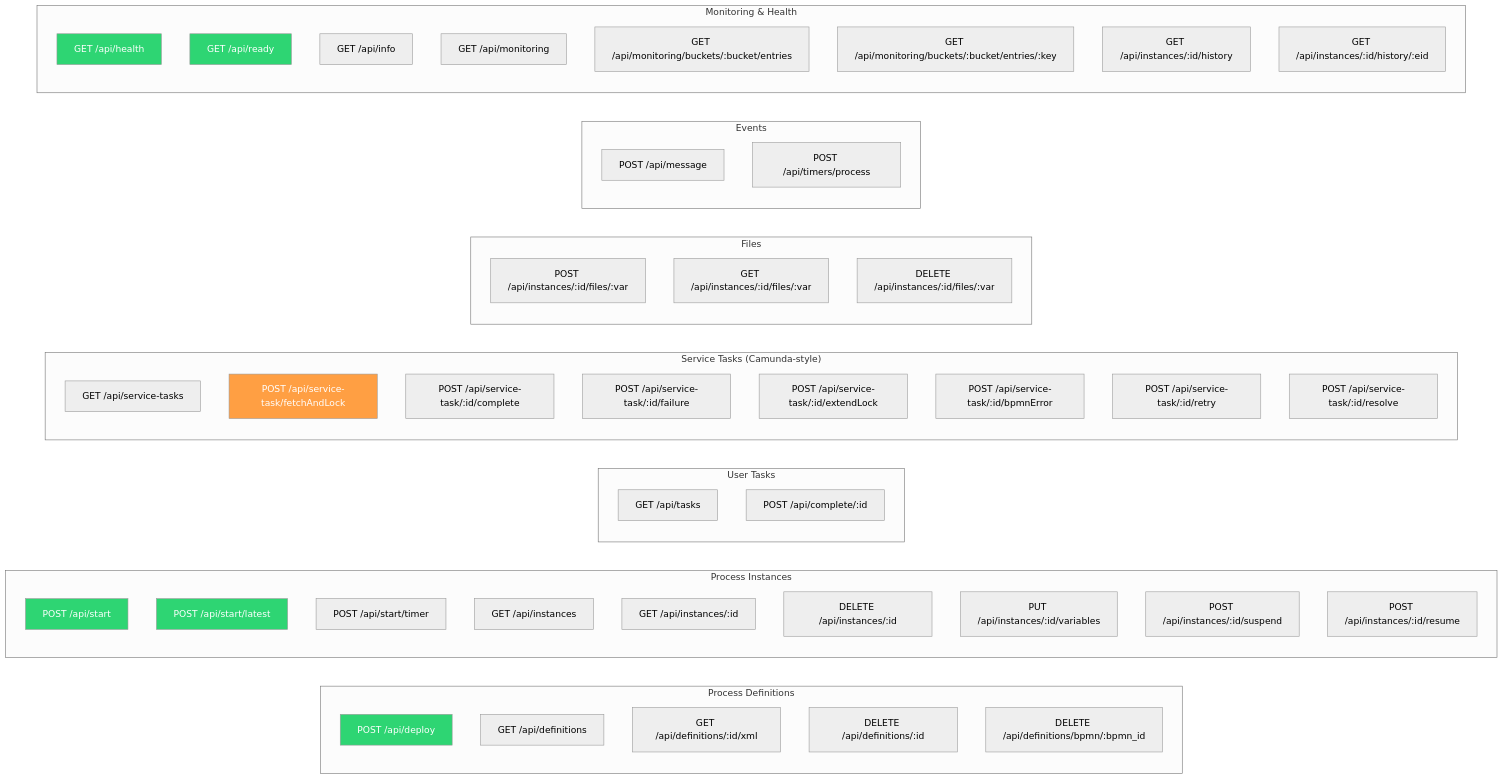
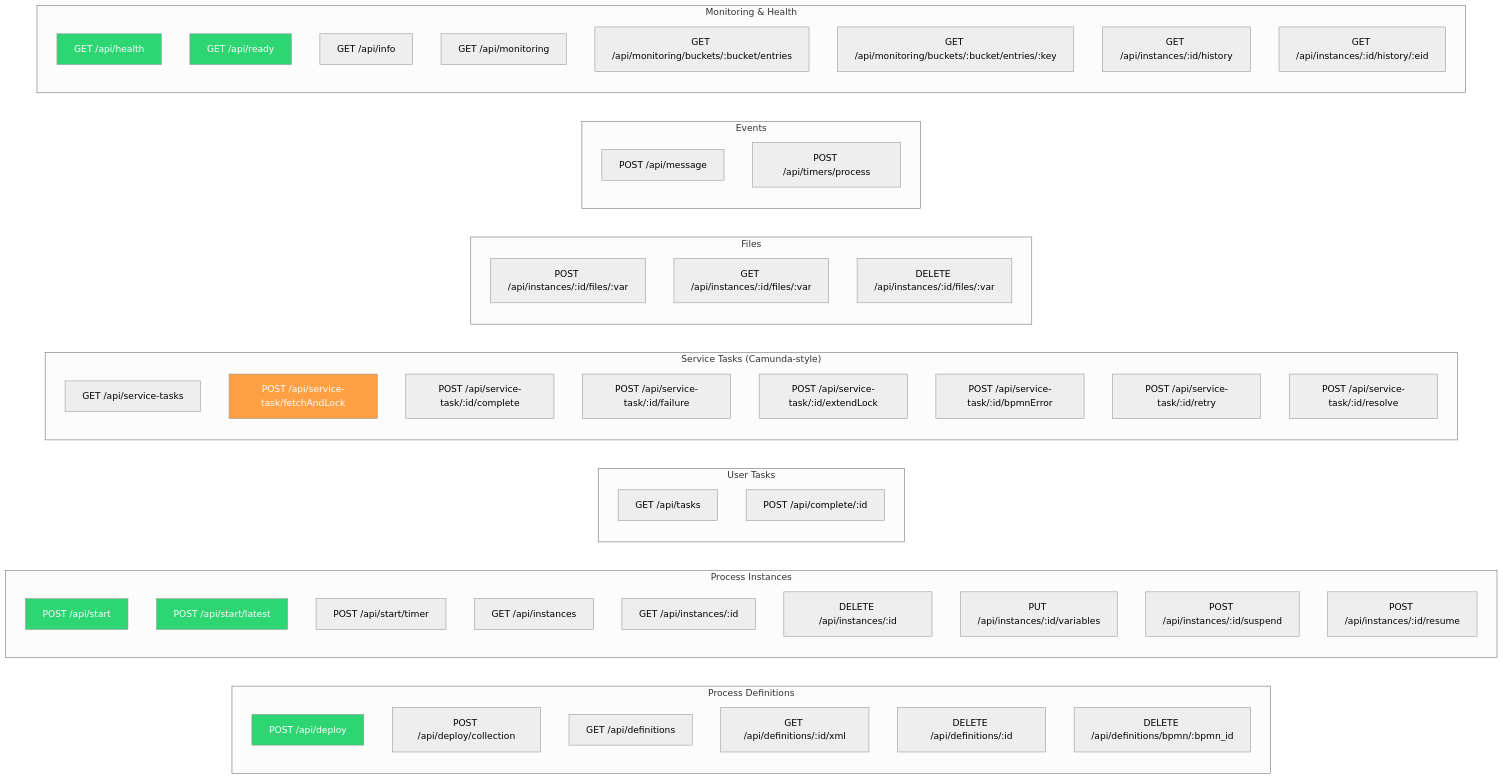
One commit to maatini/bpmninja changed the eighth of 9 diagrams in docs/architecture.md. Above: the diagram before and after it, drawn with Mermaid (neutral theme). The commit also changed other lines of this file and 19 other files, not shown here.

````diff
--- a/docs/architecture.md
+++ b/docs/architecture.md
@@ -422,67 +490,68 @@
 ```mermaid
 graph LR
     subgraph "Process Definitions"
         D1["POST /api/deploy"]
+        D1c["POST /api/deploy/collection"]
         D2["GET /api/definitions"]
         D3["GET /api/definitions/:id/xml"]
         D4["DELETE /api/definitions/:id"]
         D5["DELETE /api/definitions/bpmn/:bpmn_id"]
     end
     
     subgraph "Process Instances"
         I1["POST /api/start"]
         I1b["POST /api/start/latest"]
         I1c["POST /api/start/timer"]
         I2["GET /api/instances"]
         I3["GET /api/instances/:id"]
         I4["DELETE /api/instances/:id"]
         I5["PUT /api/instances/:id/variables"]
         I6["POST /api/instances/:id/suspend"]
         I7["POST /api/instances/:id/resume"]
     end
     
     subgraph "User Tasks"
         T1["GET /api/tasks"]
         T2["POST /api/complete/:id"]
     end
     
     subgraph "Service Tasks (Camunda-style)"
         S1["GET /api/service-tasks"]
         S2["POST /api/service-task/fetchAndLock"]
         S3["POST /api/service-task/:id/complete"]
         S4["POST /api/service-task/:id/failure"]
         S5["POST /api/service-task/:id/extendLock"]
         S6["POST /api/service-task/:id/bpmnError"]
         S7["POST /api/service-task/:id/retry"]
         S8["POST /api/service-task/:id/resolve"]
     end
     
     subgraph "Files"
         F1["POST /api/instances/:id/files/:var"]
         F2["GET /api/instances/:id/files/:var"]
         F3["DELETE /api/instances/:id/files/:var"]
     end
     
     subgraph "Events"
         E1["POST /api/message"]
         E2["POST /api/timers/process"]
     end
     
     subgraph "Monitoring & Health"
         M0["GET /api/health"]
         M0b["GET /api/ready"]
         M1["GET /api/info"]
         M2["GET /api/monitoring"]
         M2b["GET /api/monitoring/buckets/:bucket/entries"]
         M2c["GET /api/monitoring/buckets/:bucket/entries/:key"]
         M3["GET /api/instances/:id/history"]
         M3b["GET /api/instances/:id/history/:eid"]
     end
     
     style D1 fill:#2ed573,color:#fff
     style I1 fill:#2ed573,color:#fff
     style I1b fill:#2ed573,color:#fff
     style S2 fill:#ff9f43,color:#fff
     style M0 fill:#2ed573,color:#fff
     style M0b fill:#2ed573,color:#fff
 ```
````
